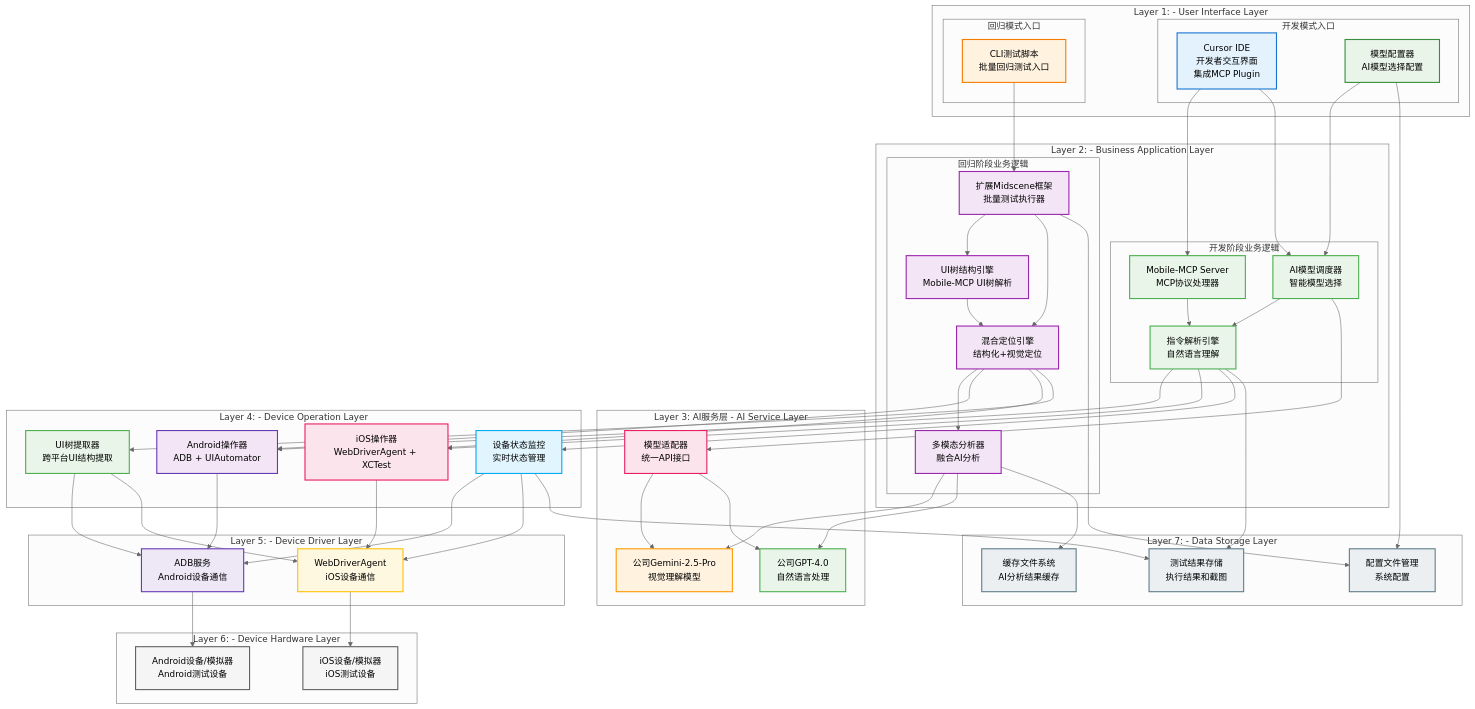
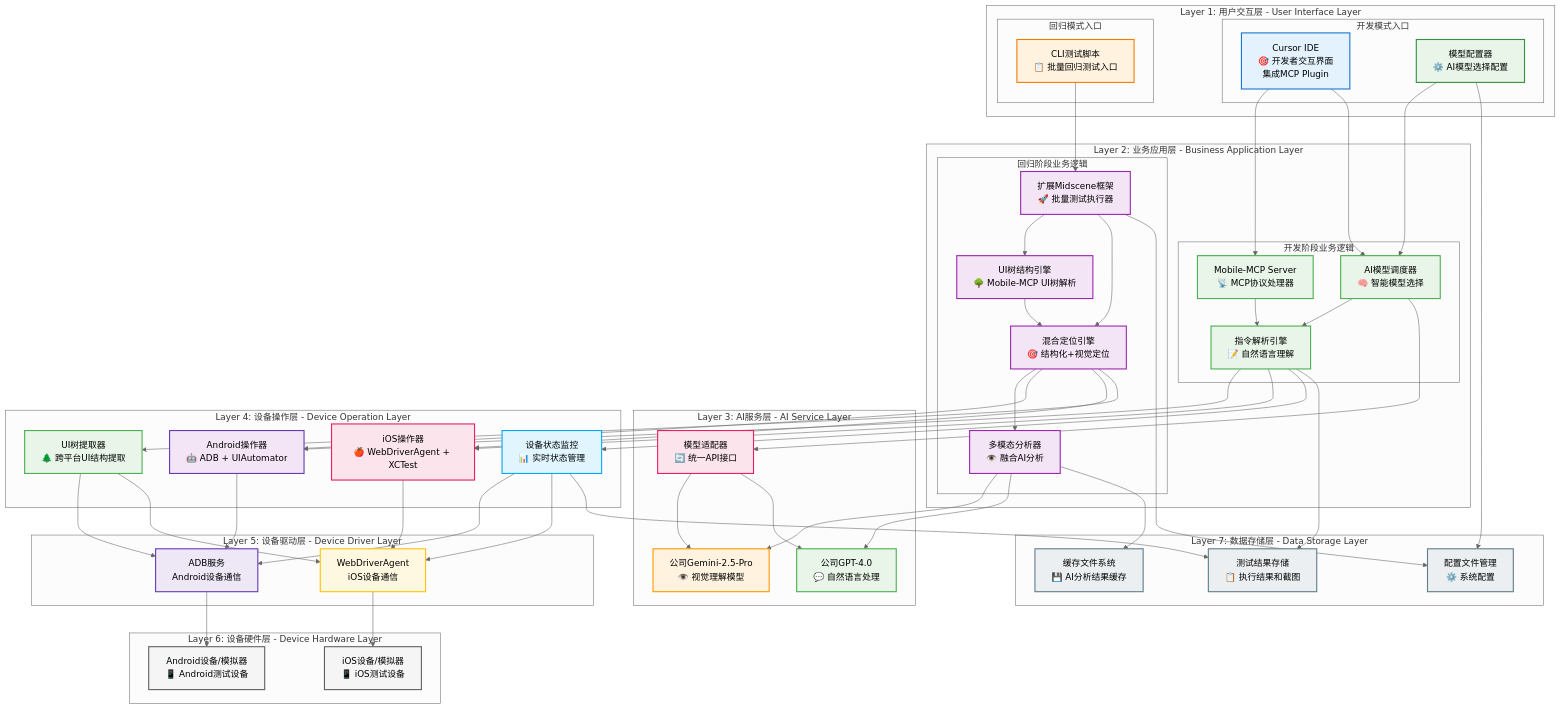
Before and after one commit to zhuozp/AI-UI-: the second of 32 diagrams in 3.md, drawn with Mermaid (neutral theme). The commit also changed other lines of this file, not shown here.

````diff
--- a/3.md
+++ b/3.md
@@ -113,152 +114,152 @@
 ```mermaid
 graph TB
-%% ===== 第1层：用户交互层 =====
-subgraph "Layer 1: - User Interface Layer"
-subgraph "开发模式入口"
-UI1[Cursor IDE<br/>开发者交互界面<br/>集成MCP Plugin]
-UI2[模型配置器<br/>AI模型选择配置]
-end
-subgraph "回归模式入口"
-UI3[CLI测试脚本<br/>批量回归测试入口]
-end
-end
-
-%% ===== 第2层：业务应用层 =====
-subgraph "Layer 2: - Business Application Layer"
-subgraph "开发阶段业务逻辑"
-APP1[Mobile-MCP Server<br/>MCP协议处理器]
-APP2[AI模型调度器<br/>智能模型选择]
-APP3[指令解析引擎<br/>自然语言理解]
-end
-subgraph "回归阶段业务逻辑"
-APP4[扩展Midscene框架<br/>批量测试执行器]
-APP5[UI树结构引擎<br/>Mobile-MCP UI树解析]
-APP6[混合定位引擎<br/>结构化+视觉定位]
-APP7[多模态分析器<br/>融合AI分析]
-end
-end
-
-%% ===== 第3层：AI服务层 =====
-subgraph "Layer 3: AI服务层 - AI Service Layer"
-AI1[公司Gemini-2.5-Pro<br/>视觉理解模型]
-AI2[公司GPT-4.0<br/>自然语言处理]
-AI3[模型适配器<br/>统一API接口]
-end
-
-%% ===== 第4层：设备操作层 =====
-subgraph "Layer 4: - Device Operation Layer"
-DEV1[Android操作器<br/>ADB + UIAutomator]
-DEV2[iOS操作器<br/>WebDriverAgent + XCTest]
-DEV3[设备状态监控<br/>实时状态管理]
-DEV4[UI树提取器<br/>跨平台UI结构提取]
-end
-
-%% ===== 第5层：设备驱动层 =====
-subgraph "Layer 5: - Device Driver Layer"
-DRV1[ADB服务<br/>Android设备通信]
-DRV2[WebDriverAgent<br/>iOS设备通信]
-end
-
-%% ===== 第6层：设备硬件层 =====
-subgraph "Layer 6: - Device Hardware Layer"
-HW1[Android设备/模拟器<br/>Android测试设备]
-HW2[iOS设备/模拟器<br/>iOS测试设备]
-end
-
-%% ===== 第7层：数据存储层 =====
-subgraph "Layer 7: - Data Storage Layer"
-STORE1[测试结果存储<br/>执行结果和截图]
-STORE2[配置文件管理<br/>系统配置]
-STORE3[缓存文件系统<br/>AI分析结果缓存]
-end
-
-%% ===== 层间连接关系 =====
-
-%% Layer 1 → Layer 2 (用户交互层 → 业务应用层)
-UI1 --> APP1
-UI1 --> APP2
-UI2 --> APP2
-UI3 --> APP4
-
-%% Layer 2内部连接
-APP1 --> APP3
-APP2 --> APP3
-APP4 --> APP5
-APP4 --> APP6
-APP5 --> APP6
-APP6 --> APP7
-
-%% Layer 2 → Layer 3 (业务应用层 → AI服务层)
-APP2 --> AI3
-APP7 --> AI1
-APP7 --> AI2
-AI3 --> AI1
-AI3 --> AI2
-
-%% Layer 2内部连接 → Layer 4 (业务应用层 → 设备操作层)
-APP3 --> DEV1
-APP3 --> DEV2
-APP3 --> DEV3
-APP6 --> DEV1
-APP6 --> DEV2
-APP6 --> DEV4
-
-%% Layer 4 → Layer 5 (设备操作层 → 设备驱动层)
-DEV1 --> DRV1
-DEV2 --> DRV2
-DEV3 --> DRV1
-DEV3 --> DRV2
-DEV4 --> DRV1
-DEV4 --> DRV2
-
-%% Layer 5 → Layer 6 (设备驱动层 → 设备硬件层)
-DRV1 --> HW1
-DRV2 --> HW2
-
-%% Layer 2,4 → Layer 7 (业务应用层、设备操作层 → 数据存储层)
-APP3 --> STORE1
-APP7 --> STORE3
-UI2 --> STORE2
-APP4 --> STORE2
-DEV3 --> STORE1
-
-%% ===== 层级样式定义 =====
-
-%% Layer 1 - 用户交互层 (蓝色系)
-style UI1 fill:#e3f2fd,stroke:#1976d2,stroke-width:2px
-style UI2 fill:#e8f5e8,stroke:#388e3c,stroke-width:2px 
-style UI3 fill:#fff3e0,stroke:#f57c00,stroke-width:2px
-
-%% Layer 2 - 业务应用层 (绿色系)
-style APP1 fill:#e8f5e8,stroke:#4caf50,stroke-width:2px
-style APP2 fill:#e8f5e8,stroke:#4caf50,stroke-width:2px
-style APP3 fill:#e8f5e8,stroke:#4caf50,stroke-width:2px
-style APP4 fill:#f3e5f5,stroke:#9c27b0,stroke-width:2px
-style APP5 fill:#f3e5f5,stroke:#9c27b0,stroke-width:2px
-style APP6 fill:#f3e5f5,stroke:#9c27b0,stroke-width:2px
-style APP7 fill:#f3e5f5,stroke:#9c27b0,stroke-width:2px
-
-%% Layer 3 - AI服务层 (橙色系)
-style AI1 fill:#fff3e0,stroke:#ff9800,stroke-width:2px
-style AI2 fill:#e8f5e8,stroke:#4caf50,stroke-width:2px
-style AI3 fill:#fce4ec,stroke:#e91e63,stroke-width:2px
-
-%% Layer 4 - 设备操作层 (紫色系)
-style DEV1 fill:#f3e5f5,stroke:#673ab7,stroke-width:2px
-style DEV2 fill:#fce4ec,stroke:#e91e63,stroke-width:2px
-style DEV3 fill:#e1f5fe,stroke:#03a9f4,stroke-width:2px
-style DEV4 fill:#e8f5e8,stroke:#4caf50,stroke-width:2px
-
-%% Layer 5 - 设备驱动层 (深色系)
-style DRV1 fill:#ede7f6,stroke:#673ab7,stroke-width:2px
-style DRV2 fill:#fff8e1,stroke:#ffc107,stroke-width:2px
-
-%% Layer 6 - 设备硬件层 (灰色系)
-style HW1 fill:#f5f5f5,stroke:#616161,stroke-width:2px
-style HW2 fill:#f5f5f5,stroke:#616161,stroke-width:2px
-
-%% Layer 7 - 数据存储层 (蓝灰色系)
-style STORE1 fill:#eceff1,stroke:#607d8b,stroke-width:2px
-style STORE2 fill:#eceff1,stroke:#607d8b,stroke-width:2px
-style STORE3 fill:#eceff1,stroke:#607d8b,stroke-width:2px
+    %% ===== 第1层：用户交互层 =====
+    subgraph "Layer 1: 用户交互层 - User Interface Layer"
+        subgraph "开发模式入口"
+            UI1[Cursor IDE<br/>🎯 开发者交互界面<br/>集成MCP Plugin]
+            UI2[模型配置器<br/>⚙️ AI模型选择配置]
+        end
+        subgraph "回归模式入口"
+            UI3[CLI测试脚本<br/>📋 批量回归测试入口]
+        end
+    end
+    
+    %% ===== 第2层：业务应用层 =====
+    subgraph "Layer 2: 业务应用层 - Business Application Layer"
+        subgraph "开发阶段业务逻辑"
+            APP1[Mobile-MCP Server<br/>📡 MCP协议处理器]
+            APP2[AI模型调度器<br/>🧠 智能模型选择]
+            APP3[指令解析引擎<br/>📝 自然语言理解]
+        end
+        subgraph "回归阶段业务逻辑"
+            APP4[扩展Midscene框架<br/>🚀 批量测试执行器]
+            APP5[UI树结构引擎<br/>🌳 Mobile-MCP UI树解析]
+            APP6[混合定位引擎<br/>🎯 结构化+视觉定位]
+            APP7[多模态分析器<br/>👁️ 融合AI分析]
+        end
+    end
+    
+    %% ===== 第3层：AI服务层 =====
+    subgraph "Layer 3: AI服务层 - AI Service Layer"
+        AI1[公司Gemini-2.5-Pro<br/>👁️ 视觉理解模型]
+        AI2[公司GPT-4.0<br/>💬 自然语言处理]
+        AI3[模型适配器<br/>🔄 统一API接口]
+    end
+    
+    %% ===== 第4层：设备操作层 =====
+    subgraph "Layer 4: 设备操作层 - Device Operation Layer"
+        DEV1[Android操作器<br/>🤖 ADB + UIAutomator]
+        DEV2[iOS操作器<br/>🍎 WebDriverAgent + XCTest]
+        DEV3[设备状态监控<br/>📊 实时状态管理]
+        DEV4[UI树提取器<br/>🌲 跨平台UI结构提取]
+    end
+    
+    %% ===== 第5层：设备驱动层 =====
+    subgraph "Layer 5: 设备驱动层 - Device Driver Layer"
+        DRV1[ADB服务<br/>Android设备通信]
+        DRV2[WebDriverAgent<br/>iOS设备通信]
+    end
+    
+    %% ===== 第6层：设备硬件层 =====
+    subgraph "Layer 6: 设备硬件层 - Device Hardware Layer"
+        HW1[Android设备/模拟器<br/>📱 Android测试设备]
+        HW2[iOS设备/模拟器<br/>📱 iOS测试设备]
+    end
+    
+    %% ===== 第7层：数据存储层 =====
+    subgraph "Layer 7: 数据存储层 - Data Storage Layer"
+        STORE1[测试结果存储<br/>📋 执行结果和截图]
+        STORE2[配置文件管理<br/>⚙️ 系统配置]
+        STORE3[缓存文件系统<br/>💾 AI分析结果缓存]
+    end
+    
+    %% ===== 层间连接关系 =====
+    
+    %% Layer 1 → Layer 2 (用户交互层 → 业务应用层)
+    UI1 --> APP1
+    UI1 --> APP2
+    UI2 --> APP2
+    UI3 --> APP4
+    
+    %% Layer 2内部连接
+    APP1 --> APP3
+    APP2 --> APP3
+    APP4 --> APP5
+    APP4 --> APP6
+    APP5 --> APP6
+    APP6 --> APP7
+    
+    %% Layer 2 → Layer 3 (业务应用层 → AI服务层)
+    APP2 --> AI3
+    APP7 --> AI1
+    APP7 --> AI2
+    AI3 --> AI1
+    AI3 --> AI2
+    
+    %% Layer 2 → Layer 4 (业务应用层 → 设备操作层)
+    APP3 --> DEV1
+    APP3 --> DEV2
+    APP3 --> DEV3
+    APP6 --> DEV1
+    APP6 --> DEV2
+    APP6 --> DEV4
+    
+    %% Layer 4 → Layer 5 (设备操作层 → 设备驱动层)
+    DEV1 --> DRV1
+    DEV2 --> DRV2
+    DEV3 --> DRV1
+    DEV3 --> DRV2
+    DEV4 --> DRV1
+    DEV4 --> DRV2
+    
+    %% Layer 5 → Layer 6 (设备驱动层 → 设备硬件层)
+    DRV1 --> HW1
+    DRV2 --> HW2
+    
+    %% Layer 2,4 → Layer 7 (业务应用层、设备操作层 → 数据存储层)
+    APP3 --> STORE1
+    APP7 --> STORE3
+    UI2 --> STORE2
+    APP4 --> STORE2
+    DEV3 --> STORE1
+    
+    %% ===== 层级样式定义 =====
+    
+    %% Layer 1 - 用户交互层 (蓝色系)
+    style UI1 fill:#e3f2fd,stroke:#1976d2,stroke-width:2px
+    style UI2 fill:#e8f5e8,stroke:#388e3c,stroke-width:2px  
+    style UI3 fill:#fff3e0,stroke:#f57c00,stroke-width:2px
+    
+    %% Layer 2 - 业务应用层 (绿色系)
+    style APP1 fill:#e8f5e8,stroke:#4caf50,stroke-width:2px
+    style APP2 fill:#e8f5e8,stroke:#4caf50,stroke-width:2px
+    style APP3 fill:#e8f5e8,stroke:#4caf50,stroke-width:2px
+    style APP4 fill:#f3e5f5,stroke:#9c27b0,stroke-width:2px
+    style APP5 fill:#f3e5f5,stroke:#9c27b0,stroke-width:2px
+    style APP6 fill:#f3e5f5,stroke:#9c27b0,stroke-width:2px
+    style APP7 fill:#f3e5f5,stroke:#9c27b0,stroke-width:2px
+    
+    %% Layer 3 - AI服务层 (橙色系)
+    style AI1 fill:#fff3e0,stroke:#ff9800,stroke-width:2px
+    style AI2 fill:#e8f5e8,stroke:#4caf50,stroke-width:2px
+    style AI3 fill:#fce4ec,stroke:#e91e63,stroke-width:2px
+    
+    %% Layer 4 - 设备操作层 (紫色系)
+    style DEV1 fill:#f3e5f5,stroke:#673ab7,stroke-width:2px
+    style DEV2 fill:#fce4ec,stroke:#e91e63,stroke-width:2px
+    style DEV3 fill:#e1f5fe,stroke:#03a9f4,stroke-width:2px
+    style DEV4 fill:#e8f5e8,stroke:#4caf50,stroke-width:2px
+    
+    %% Layer 5 - 设备驱动层 (深色系)
+    style DRV1 fill:#ede7f6,stroke:#673ab7,stroke-width:2px
+    style DRV2 fill:#fff8e1,stroke:#ffc107,stroke-width:2px
+    
+    %% Layer 6 - 设备硬件层 (灰色系)
+    style HW1 fill:#f5f5f5,stroke:#616161,stroke-width:2px
+    style HW2 fill:#f5f5f5,stroke:#616161,stroke-width:2px
+    
+    %% Layer 7 - 数据存储层 (蓝灰色系)
+    style STORE1 fill:#eceff1,stroke:#607d8b,stroke-width:2px
+    style STORE2 fill:#eceff1,stroke:#607d8b,stroke-width:2px
+    style STORE3 fill:#eceff1,stroke:#607d8b,stroke-width:2px
 ```
````
